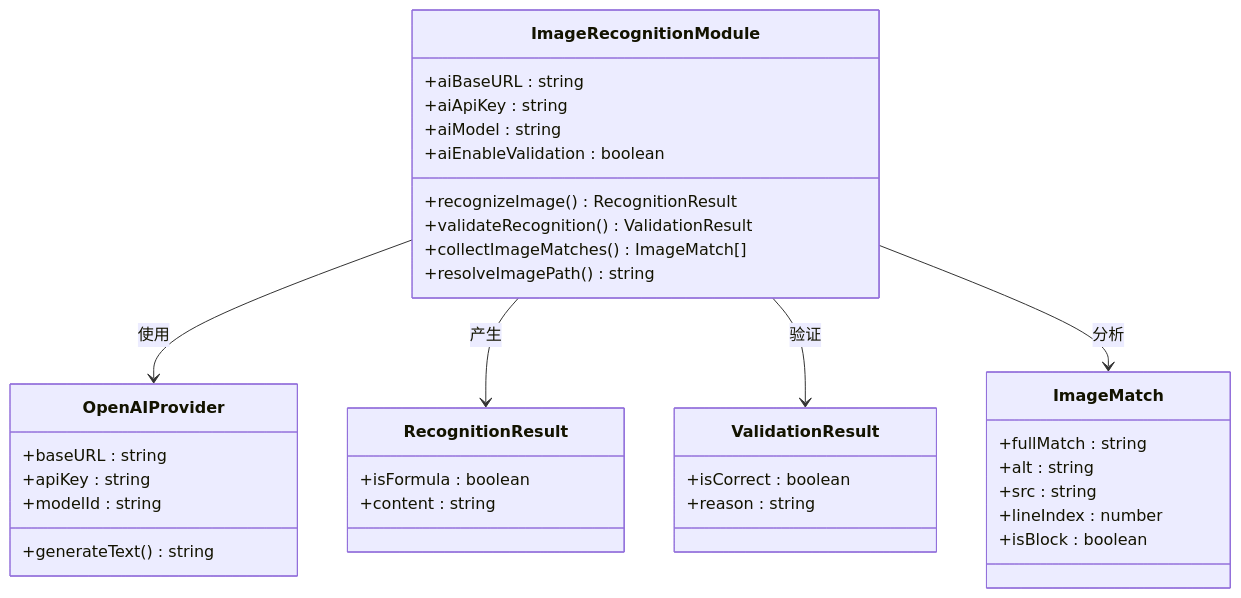
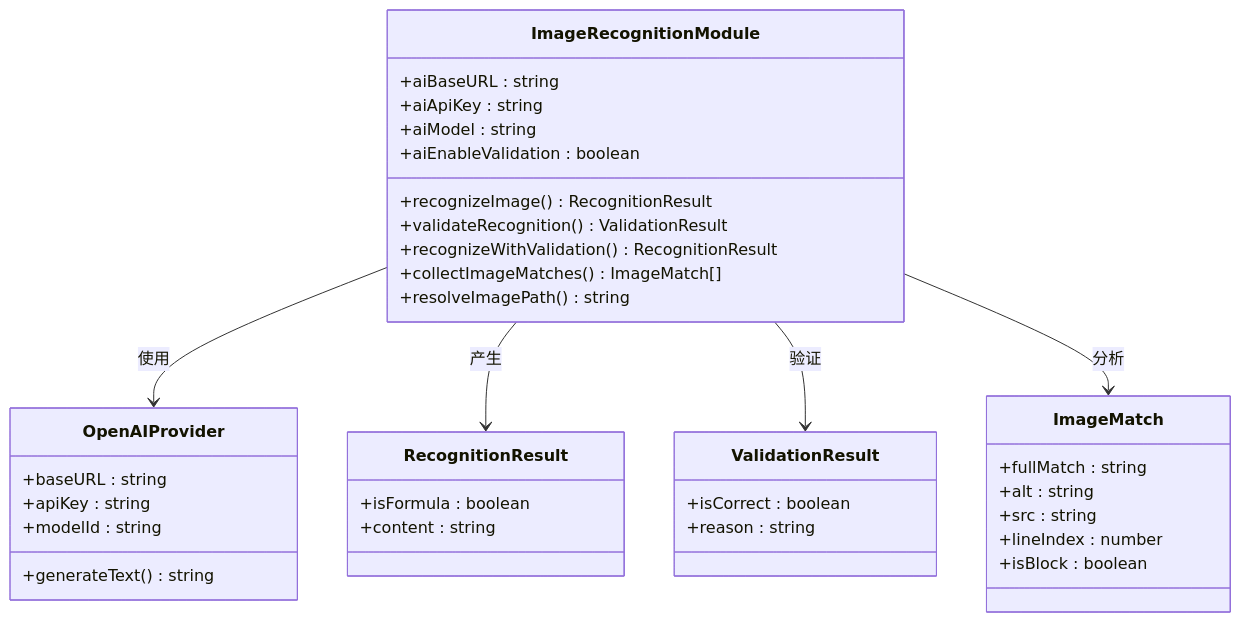
The fourth of 6 diagrams in .qoder/repowiki/zh/content/转换模块详解/AI图像识别模块.md (hllshiro/doc2md-cli), drawn with Mermaid before and after one commit. The commit also changed other lines of this file and 3 other files, not shown here.

````diff
--- a/.qoder/repowiki/zh/content/转换模块详解/AI图像识别模块.md
+++ b/.qoder/repowiki/zh/content/转换模块详解/AI图像识别模块.md
@@ -175,38 +201,39 @@
 ```mermaid
 classDiagram
 class ImageRecognitionModule {
 +aiBaseURL : string
 +aiApiKey : string
 +aiModel : string
 +aiEnableValidation : boolean
 +recognizeImage() RecognitionResult
 +validateRecognition() ValidationResult
++recognizeWithValidation() RecognitionResult
 +collectImageMatches() ImageMatch[]
 +resolveImagePath() string
 }
 class OpenAIProvider {
 +baseURL : string
 +apiKey : string
 +modelId : string
 +generateText() string
 }
 class RecognitionResult {
 +isFormula : boolean
 +content : string
 }
 class ValidationResult {
 +isCorrect : boolean
 +reason : string
 }
 class ImageMatch {
 +fullMatch : string
 +alt : string
 +src : string
 +lineIndex : number
 +isBlock : boolean
 }
 ImageRecognitionModule --> OpenAIProvider : 使用
 ImageRecognitionModule --> RecognitionResult : 产生
 ImageRecognitionModule --> ValidationResult : 验证
 ImageRecognitionModule --> ImageMatch : 分析
 ```
````
